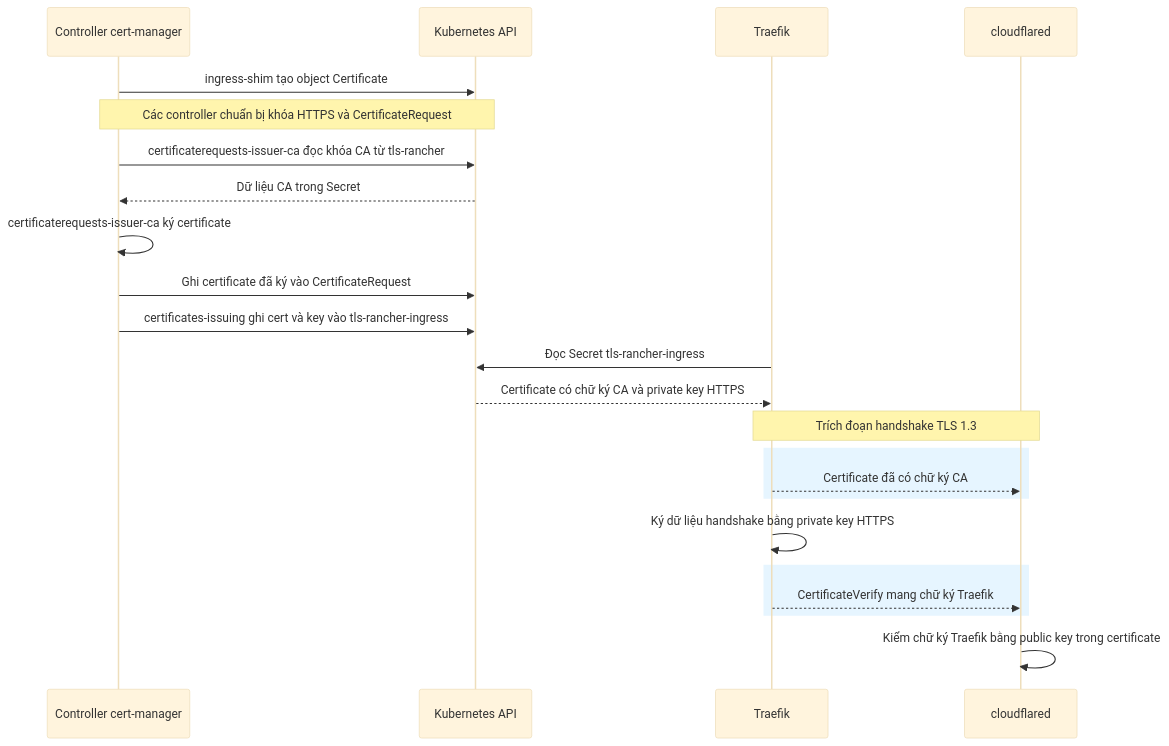
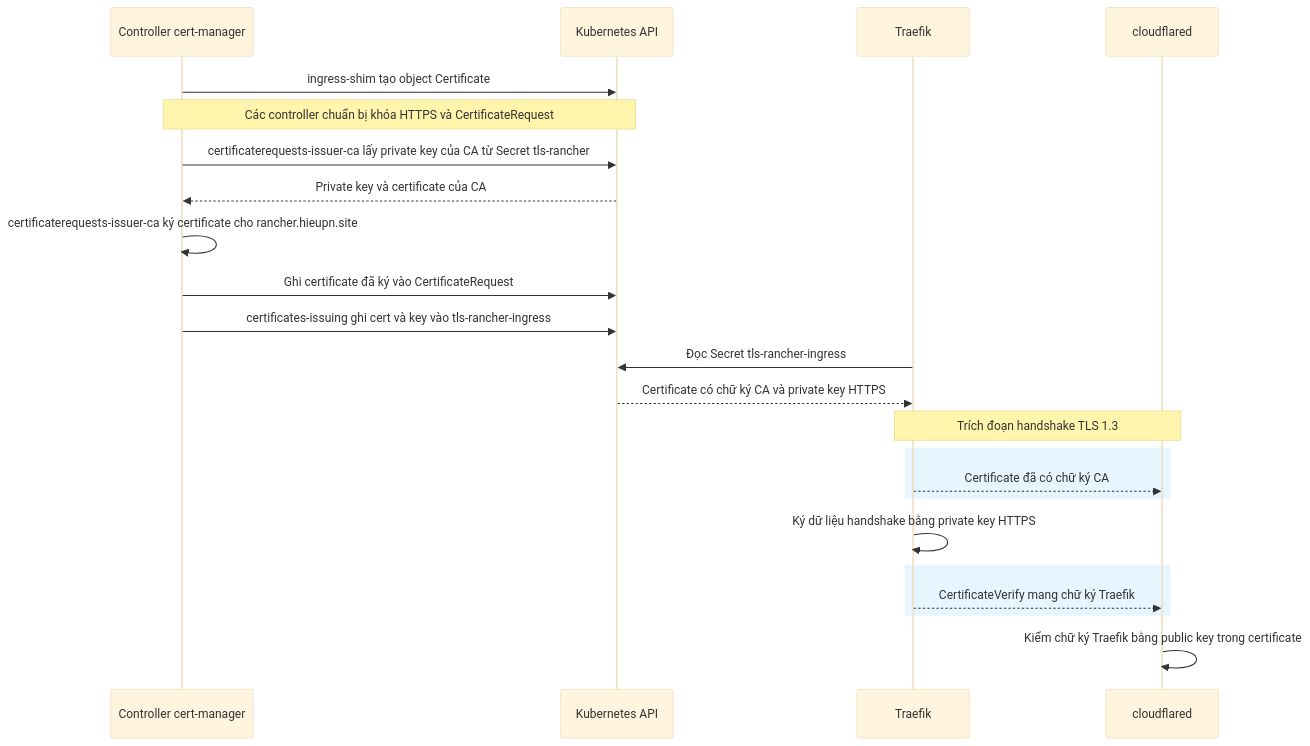
The sixth of 13 diagrams in cloudflare-rancher-docs/setup-rancher.md (hieupham259/ansible_playbook_k8s-installation), drawn with Mermaid (base theme) before and after one commit. The commit also changed other lines of this file, not shown here.

Commit message:
docs: preserve detailed certificate and TLS walkthrough

````diff
--- a/cloudflare-rancher-docs/setup-rancher.md
+++ b/cloudflare-rancher-docs/setup-rancher.md
@@ -1522,27 +1522,27 @@
 ```mermaid
 sequenceDiagram
     participant CM as Controller cert-manager
     participant API as Kubernetes API
     participant T as Traefik
     participant C as cloudflared
 
     CM->>API: ingress-shim tạo object Certificate
     Note over CM,API: Các controller chuẩn bị khóa HTTPS và CertificateRequest
-    CM->>API: certificaterequests-issuer-ca đọc khóa CA từ tls-rancher
-    API-->>CM: Dữ liệu CA trong Secret
-    CM->>CM: certificaterequests-issuer-ca ký certificate
+    CM->>API: certificaterequests-issuer-ca lấy private key của CA từ Secret tls-rancher
+    API-->>CM: Private key và certificate của CA
+    CM->>CM: certificaterequests-issuer-ca ký certificate cho rancher.hieupn.site
     CM->>API: Ghi certificate đã ký vào CertificateRequest
     CM->>API: certificates-issuing ghi cert và key vào tls-rancher-ingress
     T->>API: Đọc Secret tls-rancher-ingress
     API-->>T: Certificate có chữ ký CA và private key HTTPS
 
     Note over T,C: Trích đoạn handshake TLS 1.3
     rect rgb(230, 245, 255)
         T-->>C: Certificate đã có chữ ký CA
     end
     T->>T: Ký dữ liệu handshake bằng private key HTTPS
     rect rgb(230, 245, 255)
         T-->>C: CertificateVerify mang chữ ký Traefik
     end
     C->>C: Kiểm chữ ký Traefik bằng public key trong certificate
 ```
````
